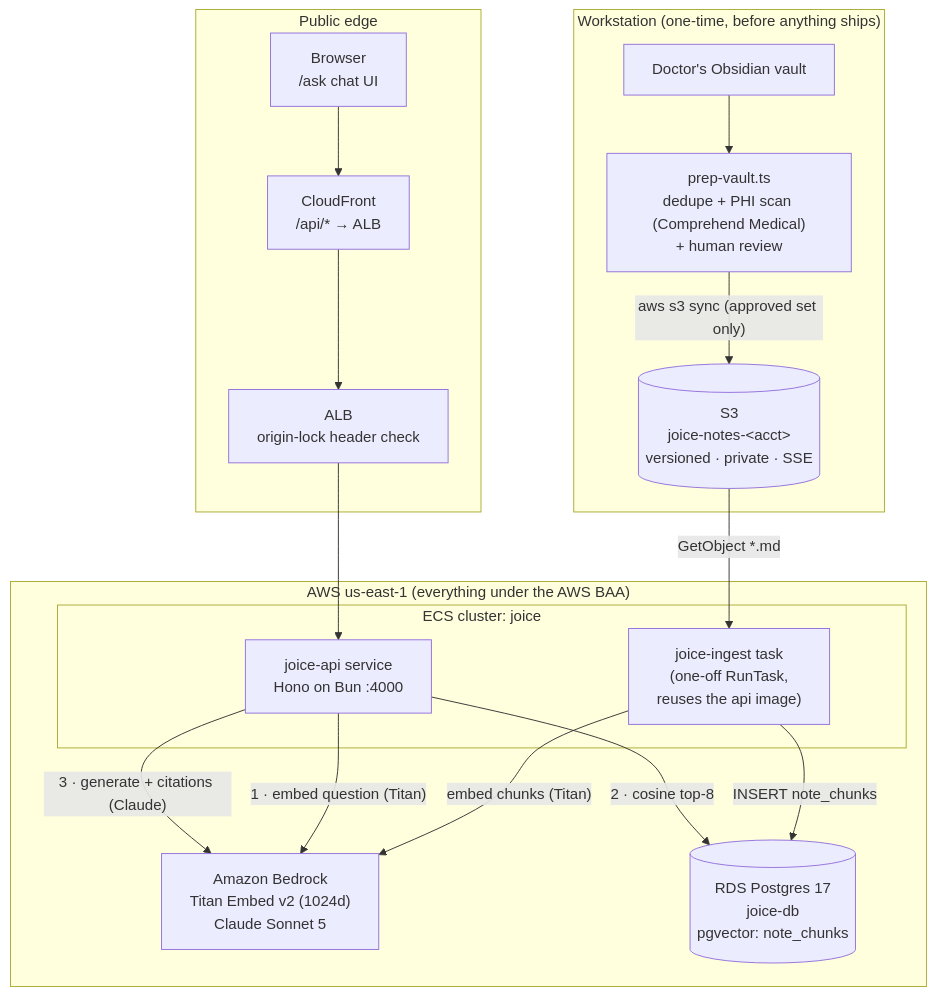
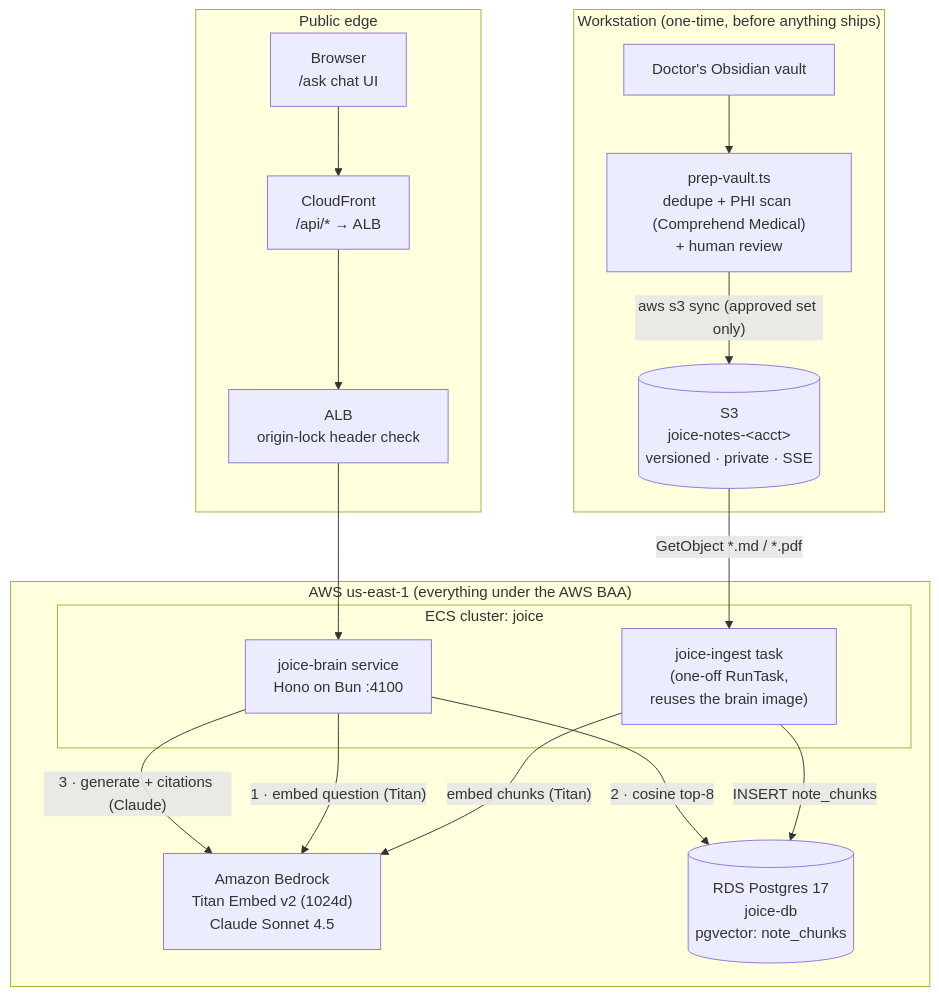
One commit to Joice-Health/Joice changed the diagram in docs/rag/01-overview.md. Above: the diagram before and after it, drawn with Mermaid. The commit also changed other lines of this file and 14 other files, not shown here.

````diff
--- a/docs/rag/01-overview.md
+++ b/docs/rag/01-overview.md
@@ -25,33 +27,33 @@
 ```mermaid
 flowchart TB
     subgraph Laptop["Workstation (one-time, before anything ships)"]
         vault["Doctor's Obsidian vault"] --> prep["prep-vault.ts<br/>dedupe + PHI scan (Comprehend Medical)<br/>+ human review"]
         prep -->|"aws s3 sync (approved set only)"| s3
     end
 
     subgraph AWS["AWS us-east-1 (everything under the AWS BAA)"]
         s3[("S3<br/>joice-notes-&lt;acct&gt;<br/>versioned · private · SSE")]
 
         subgraph ECS["ECS cluster: joice"]
-            ingest["joice-ingest task<br/>(one-off RunTask,<br/>reuses the api image)"]
-            api["joice-api service<br/>Hono on Bun :4000"]
+            ingest["joice-ingest task<br/>(one-off RunTask,<br/>reuses the brain image)"]
+            api["joice-brain service<br/>Hono on Bun :4100"]
         end
 
-        bedrock["Amazon Bedrock<br/>Titan Embed v2 (1024d)<br/>Claude Sonnet 5"]
+        bedrock["Amazon Bedrock<br/>Titan Embed v2 (1024d)<br/>Claude Sonnet 4.5"]
         rds[("RDS Postgres 17<br/>joice-db<br/>pgvector: note_chunks")]
 
-        s3 -->|"GetObject *.md"| ingest
+        s3 -->|"GetObject *.md / *.pdf"| ingest
         ingest -->|"embed chunks (Titan)"| bedrock
         ingest -->|"INSERT note_chunks"| rds
 
         api -->|"1 · embed question (Titan)"| bedrock
         api -->|"2 · cosine top-8"| rds
         api -->|"3 · generate + citations (Claude)"| bedrock
     end
 
     subgraph Edge["Public edge"]
         browser["Browser<br/>/ask chat UI"] --> cf["CloudFront<br/>/api/* → ALB"]
         cf --> alb["ALB<br/>origin-lock header check"]
         alb --> api
     end
 ```
````
